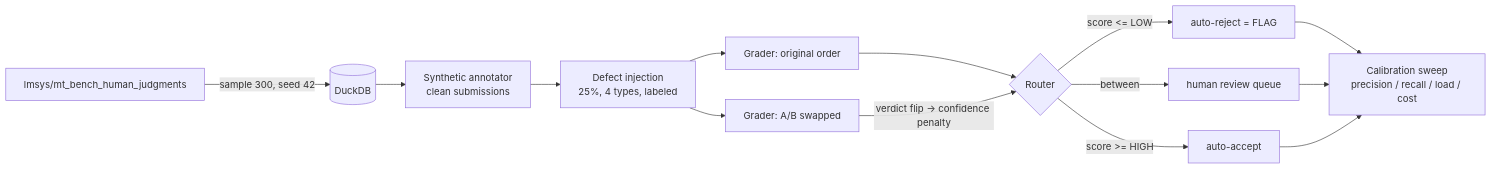
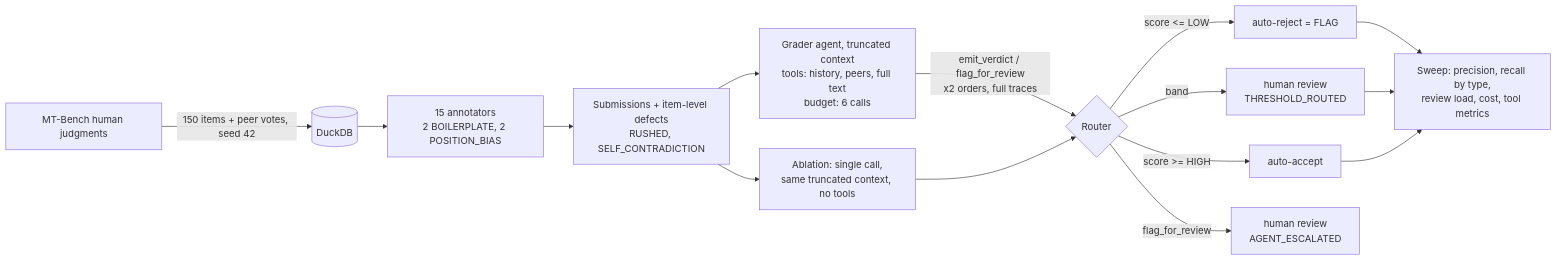
The diagram in README.md (ahdithanu/second-reader), drawn with Mermaid before and after one commit. The commit also changed other lines of this file and 26 other files, not shown here.

First line of the commit message:
Amendment: agent grader, annotator model, dual escalation, tools ablation

````diff
--- a/README.md
+++ b/README.md
@@ -54,16 +119,17 @@
 ```mermaid
 flowchart LR
-    HF[lmsys/mt_bench_human_judgments] -->|sample 300, seed 42| DB[(DuckDB)]
-    DB --> ANN[Synthetic annotator\nclean submissions]
-    ANN --> INJ[Defect injection\n25%, 4 types, labeled]
-    INJ --> G1[Grader: original order]
-    INJ --> G2[Grader: A/B swapped]
-    G1 --> R{Router}
-    G2 -->|verdict flip -> confidence penalty| R
+    HF[MT-Bench human judgments] -->|150 items + peer votes, seed 42| DB[(DuckDB)]
+    DB --> ANN[15 annotators<br/>2 BOILERPLATE, 2 POSITION_BIAS]
+    ANN --> SUB[Submissions + item-level defects<br/>RUSHED, SELF_CONTRADICTION]
+    SUB --> AG[Grader agent, truncated context<br/>tools: history, peers, full text<br/>budget: 6 calls]
+    SUB --> SG[Ablation: single call,<br/>same truncated context, no tools]
+    AG -->|emit_verdict / flag_for_review<br/>x2 orders, full traces| R{Router}
+    SG --> R
     R -->|score >= HIGH| ACC[auto-accept]
     R -->|score <= LOW| REJ[auto-reject = FLAG]
-    R -->|between| HUM[human review queue]
-    REJ --> M[Calibration sweep\nprecision / recall / load / cost]
+    R -->|band| HUM[human review<br/>THRESHOLD_ROUTED]
+    R -->|flag_for_review| HUM2[human review<br/>AGENT_ESCALATED]
+    REJ --> M[Sweep: precision, recall by type,<br/>review load, cost, tool metrics]
     HUM --> M
     ACC --> M
 ```
````
